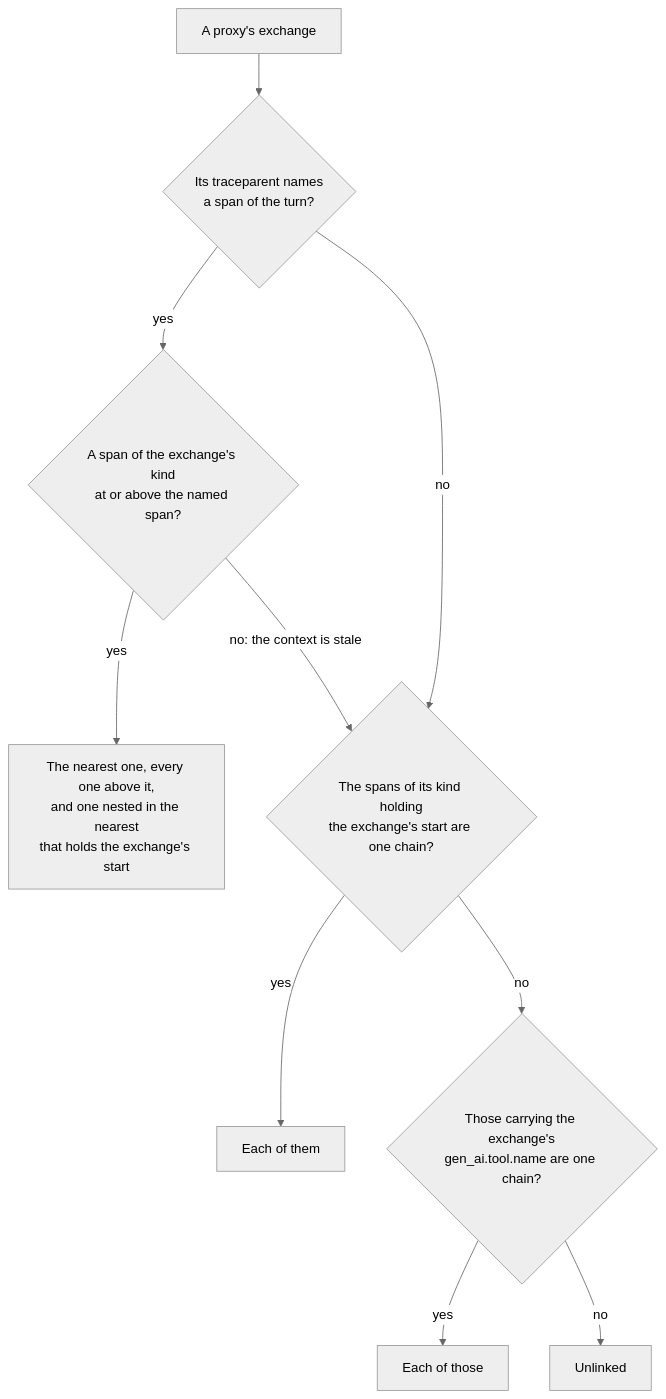
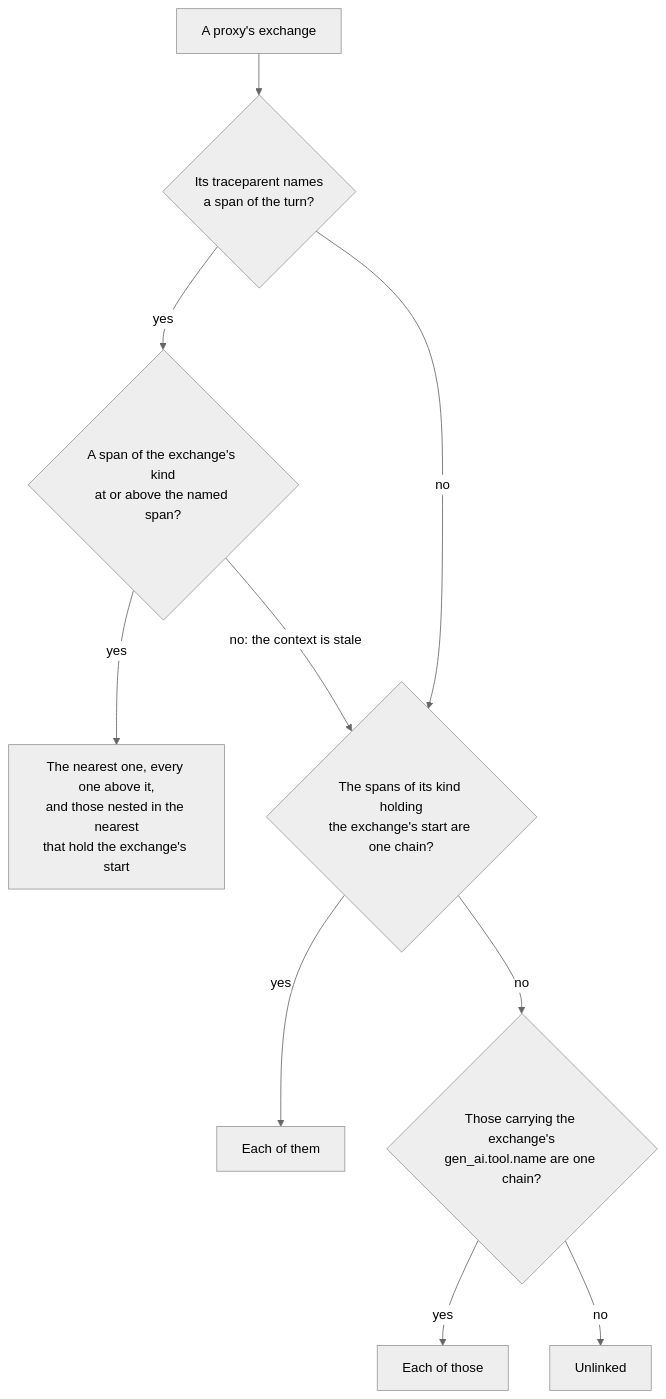
The second of 2 diagrams in docs/design/opentelemetry.md (retz8/a2ui-spectra), drawn with Mermaid (neutral theme) before and after one commit. The commit also changed other lines of this file and 11 other files, not shown here.

````diff
--- a/docs/design/opentelemetry.md
+++ b/docs/design/opentelemetry.md
@@ -339,12 +340,12 @@
 ```mermaid
 flowchart TD
     X["A proxy's exchange"] --> C{"Its traceparent names<br/>a span of the turn?"}
     C -->|yes| K{"A span of the exchange's kind<br/>at or above the named span?"}
-    K -->|yes| L["The nearest one, every one above it,<br/>and one nested in the nearest<br/>that holds the exchange's start"]
+    K -->|yes| L["The nearest one, every one above it,<br/>and those nested in the nearest<br/>that hold the exchange's start"]
     K -->|"no: the context is stale"| H
     C -->|no| H{"The spans of its kind holding<br/>the exchange's start are one chain?"}
     H -->|yes| L2["Each of them"]
     H -->|no| N{"Those carrying the exchange's<br/>gen_ai.tool.name are one chain?"}
     N -->|yes| L3["Each of those"]
     N -->|no| U["Unlinked"]
 ```
````
